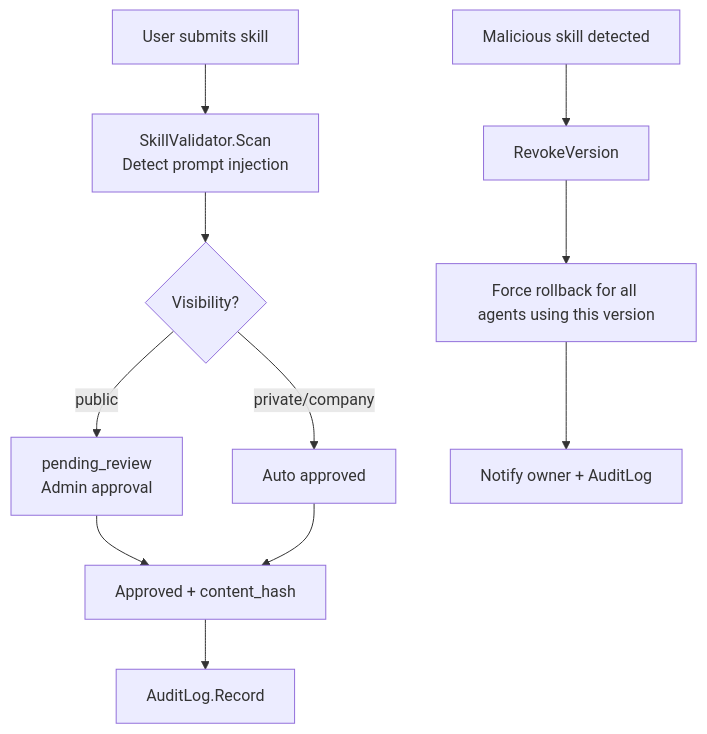
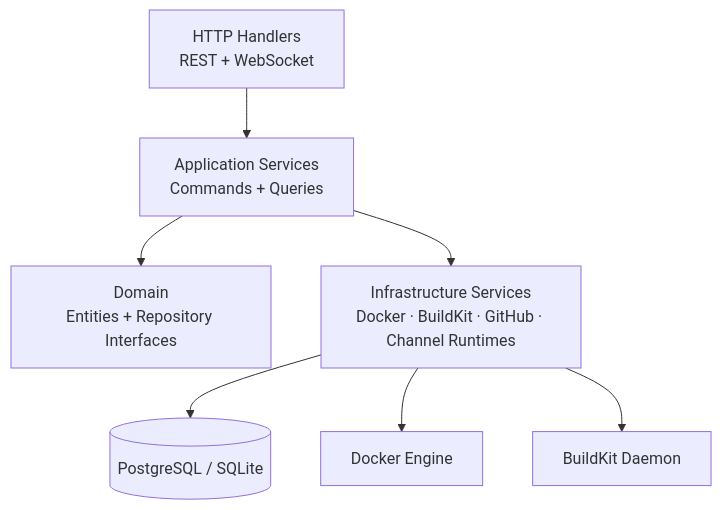
The fifth of 6 diagrams in roadmap/ARCHITECTURE.md (OpenViCloud/tango), drawn with Mermaid before and after one commit. The commit also changed other lines of this file and 2 other files, not shown here.

````diff
--- a/roadmap/ARCHITECTURE.md
+++ b/roadmap/ARCHITECTURE.md
@@ -624,14 +144,10 @@
 ```mermaid
 graph TD
-    A[User submits skill] --> B[SkillValidator.Scan\nDetect prompt injection]
-    B --> C{Visibility?}
-    C -->|public| D[pending_review\nAdmin approval]
-    C -->|private/company| E[Auto approved]
-    D --> F[Approved + content_hash]
-    E --> F
-    F --> G[AuditLog.Record]
-
-    H[Malicious skill detected] --> I[RevokeVersion]
-    I --> J[Force rollback for all agents using this version]
-    J --> K[Notify owner + AuditLog]
+    H[HTTP Handlers\nREST + WebSocket]
+    H --> AS[Application Services\nCommands + Queries]
+    AS --> DS[Domain\nEntities + Repository Interfaces]
+    AS --> IS[Infrastructure Services\nDocker · BuildKit · GitHub · Channel Runtimes]
+    IS --> DB[(PostgreSQL / SQLite)]
+    IS --> DK[Docker Engine]
+    IS --> BK[BuildKit Daemon]
 ```
````
